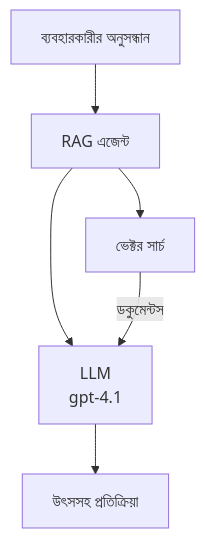
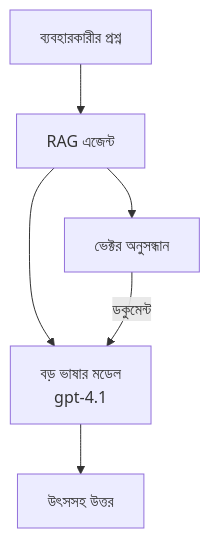
The second of 3 diagrams in translations/bn/docs/chapter-02-ai-development/agents.md (microsoft/AZD-for-beginners), drawn with Mermaid before and after one commit. The commit also changed other lines of this file and 104 other files, not shown here.

````diff
--- a/translations/bn/docs/chapter-02-ai-development/agents.md
+++ b/translations/bn/docs/chapter-02-ai-development/agents.md
@@ -175,8 +181,8 @@
 ```mermaid
 graph TD
-    Query[ব্যবহারকারীর অনুসন্ধান] --> RAG[RAG এজেন্ট]
-    RAG --> Vector[ভেক্টর সার্চ]
-    RAG --> LLM[LLM<br/>gpt-4.1]
-    Vector -- ডকুমেন্টস --> LLM
-    LLM --> Response[উৎসসহ প্রতিক্রিয়া]
+    Query[ব্যবহারকারীর প্রশ্ন] --> RAG[RAG এজেন্ট]
+    RAG --> Vector[ভেক্টর অনুসন্ধান]
+    RAG --> LLM[বড় ভাষার মডেল<br/>gpt-4.1]
+    Vector -- ডকুমেন্ট --> LLM
+    LLM --> Response[উৎসসহ উত্তর]
 ```
````
